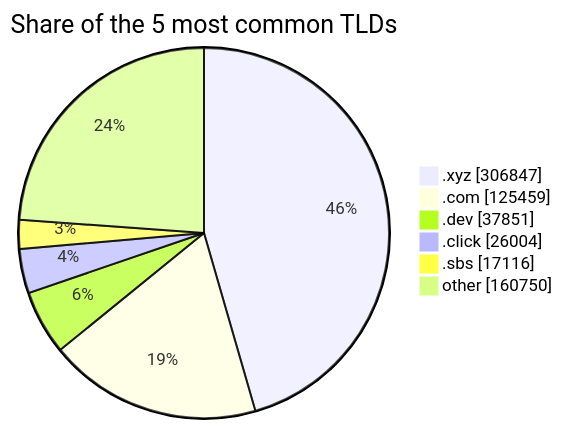
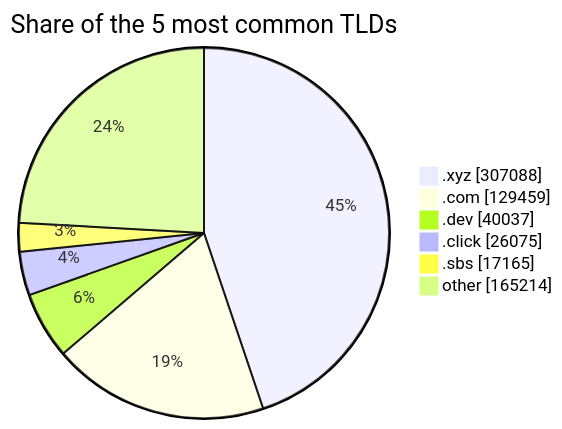
The third of 3 diagrams in README.md (DNSBunker/CTI), drawn with Mermaid before and after one commit. The commit also changed other lines of this file and 3 other files, not shown here.

````diff
--- a/README.md
+++ b/README.md
@@ -81,9 +81,9 @@
 ```mermaid
 pie showData title Share of the 5 most common TLDs
-    ".xyz" : 306847
-    ".com" : 125459
-    ".dev" : 37851
-    ".click" : 26004
-    ".sbs" : 17116
-    "other" : 160750
+    ".xyz" : 307088
+    ".com" : 129459
+    ".dev" : 40037
+    ".click" : 26075
+    ".sbs" : 17165
+    "other" : 165214
 ```
````
